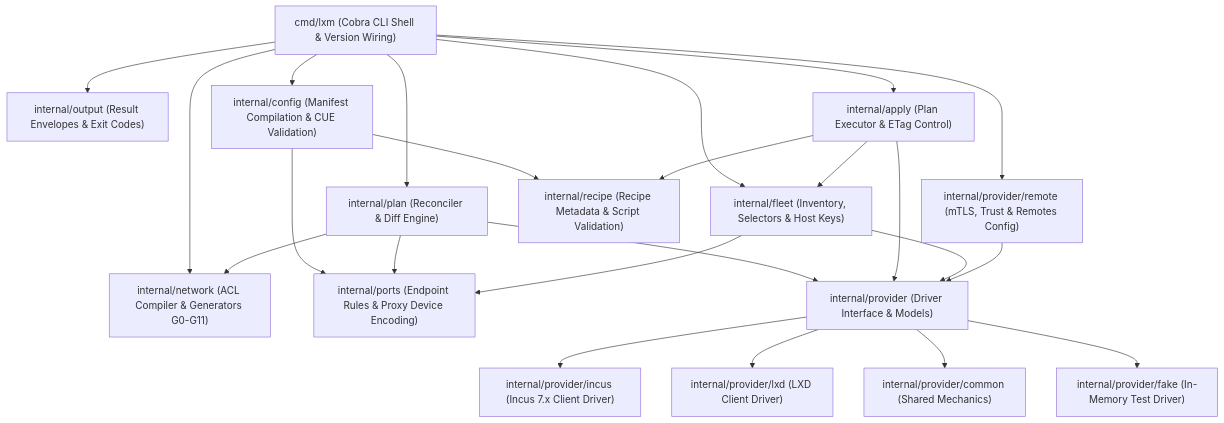
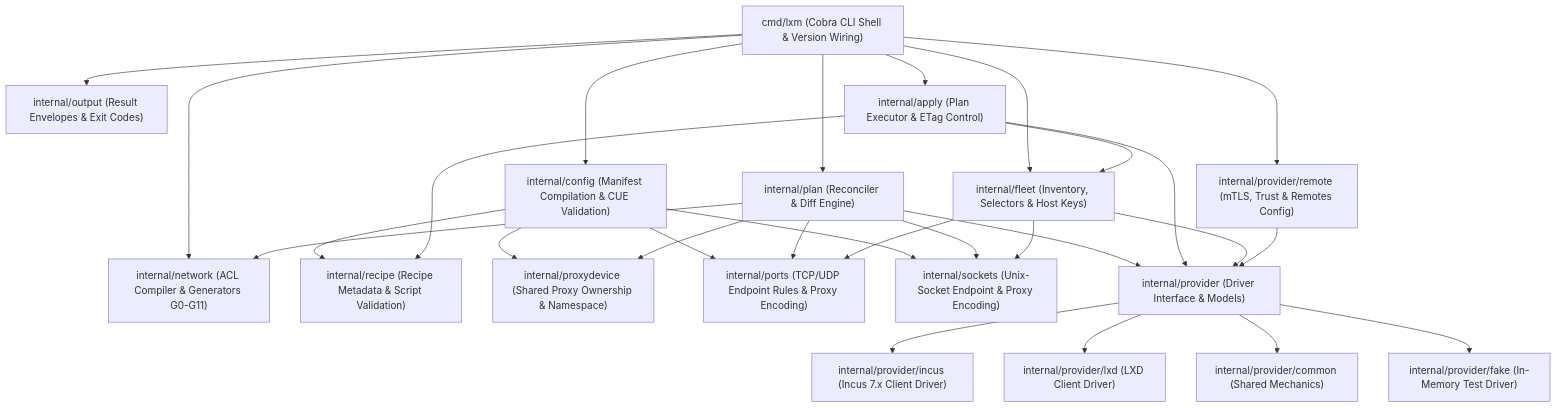
The first of 3 diagrams in ARCHITECTURE.md (aiyor/lxm), drawn with Mermaid before and after one commit. The commit also changed other lines of this file and 47 other files, not shown here.

````diff
--- a/ARCHITECTURE.md
+++ b/ARCHITECTURE.md
@@ -24,26 +24,31 @@
 ```mermaid
 graph TD
     CLI["cmd/lxm (Cobra CLI Shell & Version Wiring)"] --> Output["internal/output (Result Envelopes & Exit Codes)"]
     CLI --> Config["internal/config (Manifest Compilation & CUE Validation)"]
     CLI --> Fleet["internal/fleet (Inventory, Selectors & Host Keys)"]
     CLI --> Plan["internal/plan (Reconciler & Diff Engine)"]
     CLI --> Network["internal/network (ACL Compiler & Generators G0-G11)"]
     CLI --> Apply["internal/apply (Plan Executor & ETag Control)"]
     CLI --> Remote["internal/provider/remote (mTLS, Trust & Remotes Config)"]
 
     Config --> Recipe["internal/recipe (Recipe Metadata & Script Validation)"]
-    Config --> Ports["internal/ports (Endpoint Rules & Proxy Device Encoding)"]
+    Config --> Proxy["internal/proxydevice (Shared Proxy Ownership & Namespace)"]
+    Config --> Ports["internal/ports (TCP/UDP Endpoint Rules & Proxy Encoding)"]
+    Config --> Sockets["internal/sockets (Unix-Socket Endpoint & Proxy Encoding)"]
     Plan --> Ports
+    Plan --> Sockets
+    Plan --> Proxy
     Fleet --> Ports
+    Fleet --> Sockets
     Plan --> Network
     Plan --> Provider["internal/provider (Driver Interface & Models)"]
     Apply --> Provider
     Apply --> Recipe
     Apply --> Fleet
     Fleet --> Provider
     Remote --> Provider
     Provider --> Incus["internal/provider/incus (Incus 7.x Client Driver)"]
     Provider --> LXD["internal/provider/lxd (LXD Client Driver)"]
     Provider --> Common["internal/provider/common (Shared Mechanics)"]
     Provider --> Fake["internal/provider/fake (In-Memory Test Driver)"]
 ```
````
